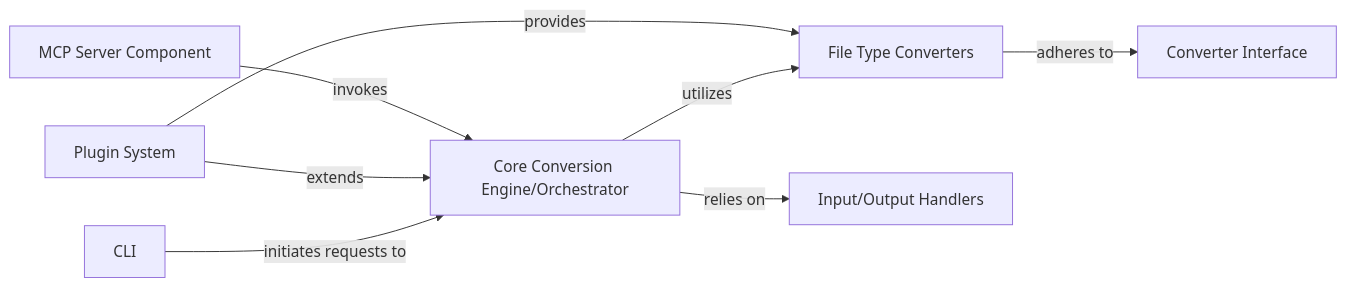
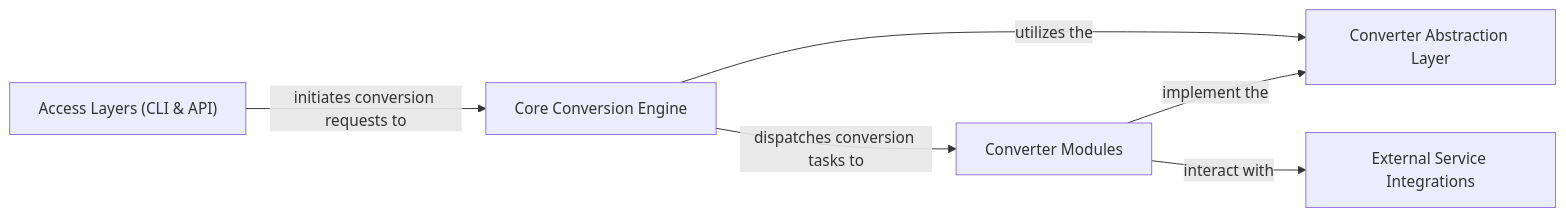
The diagram in markitdown/on_boarding.md (CodeBoarding/GeneratedOnBoardings), drawn with Mermaid before and after one commit. The commit also changed other lines of this file, not shown here.

````diff
--- a/markitdown/on_boarding.md
+++ b/markitdown/on_boarding.md
@@ -1,17 +1,13 @@
 ```mermaid
 graph LR
-    CLI["CLI"]
-    Core_Conversion_Engine_Orchestrator["Core Conversion Engine/Orchestrator"]
-    Converter_Interface["Converter Interface"]
-    File_Type_Converters["File Type Converters"]
-    Input_Output_Handlers["Input/Output Handlers"]
-    Plugin_System["Plugin System"]
-    MCP_Server_Component["MCP Server Component"]
-    CLI -- "initiates requests to" --> Core_Conversion_Engine_Orchestrator
-    Core_Conversion_Engine_Orchestrator -- "utilizes" --> File_Type_Converters
-    File_Type_Converters -- "adheres to" --> Converter_Interface
-    Core_Conversion_Engine_Orchestrator -- "relies on" --> Input_Output_Handlers
-    Plugin_System -- "extends" --> Core_Conversion_Engine_Orchestrator
-    Plugin_System -- "provides" --> File_Type_Converters
-    MCP_Server_Component -- "invokes" --> Core_Conversion_Engine_Orchestrator
+    Core_Conversion_Engine["Core Conversion Engine"]
+    Converter_Abstraction_Layer["Converter Abstraction Layer"]
+    Converter_Modules["Converter Modules"]
+    Access_Layers_CLI_API_["Access Layers (CLI & API)"]
+    External_Service_Integrations["External Service Integrations"]
+    Access_Layers_CLI_API_ -- "initiates conversion requests to" --> Core_Conversion_Engine
+    Core_Conversion_Engine -- "utilizes the" --> Converter_Abstraction_Layer
+    Core_Conversion_Engine -- "dispatches conversion tasks to" --> Converter_Modules
+    Converter_Modules -- "implement the" --> Converter_Abstraction_Layer
+    Converter_Modules -- "interact with" --> External_Service_Integrations
 ```
````
